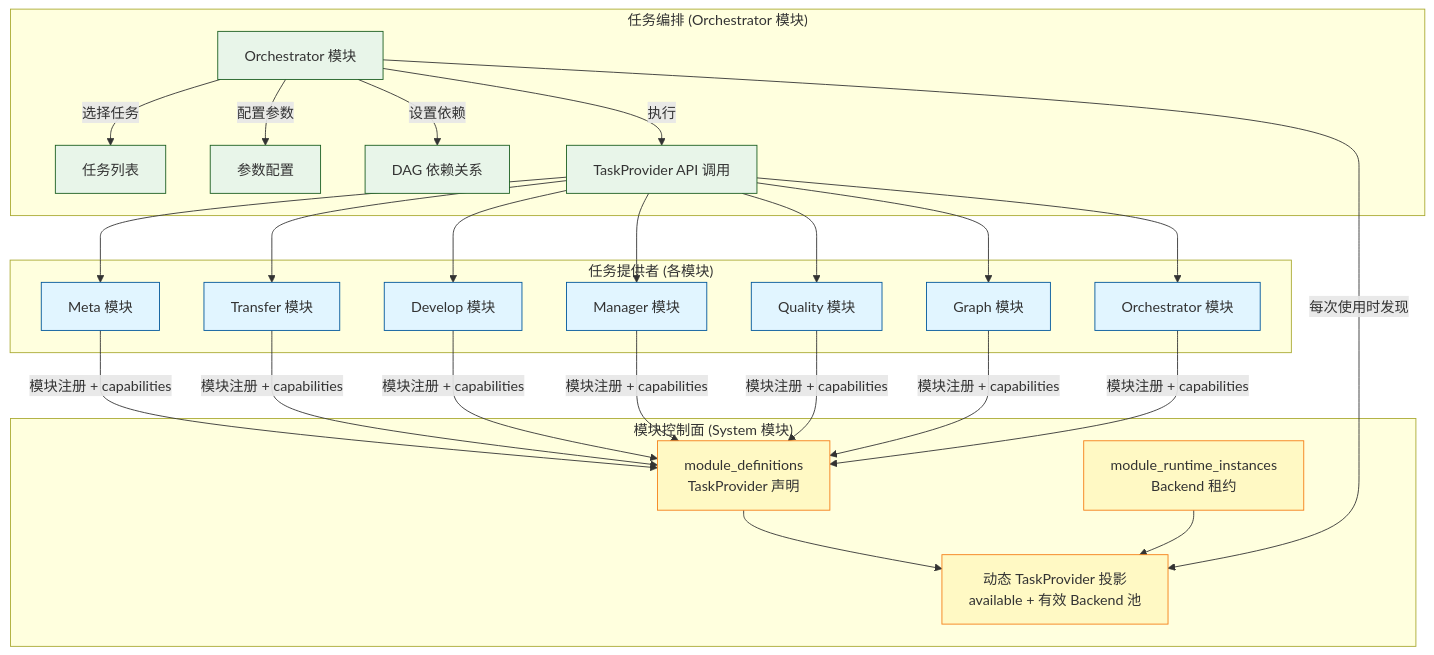
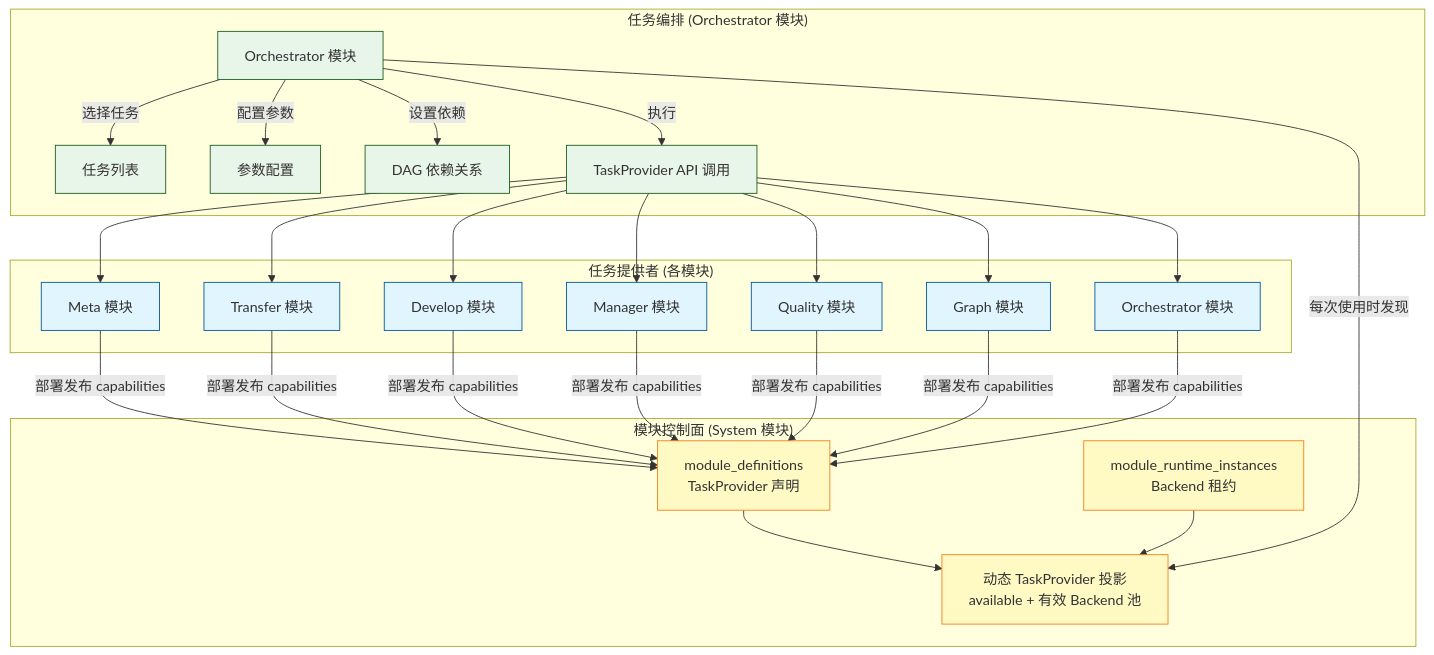
Before and after one commit to pampa0629/addp: the first of 6 diagrams in docs/concepts/addp任务编排体系图.md, drawn with Mermaid. The commit also changed other lines of this file and 161 other files, not shown here.

````diff
--- a/docs/concepts/addp任务编排体系图.md
+++ b/docs/concepts/addp任务编排体系图.md
@@ -37,55 +37,55 @@
 ```mermaid
 graph TB
     subgraph "任务提供者 (各模块)"
         Meta[Meta 模块]
         Transfer[Transfer 模块]
         Develop[Develop 模块]
         Manager[Manager 模块]
         Quality[Quality 模块]
         Graph[Graph 模块]
         OrchestratorProvider[Orchestrator 模块]
     end
 
     subgraph "模块控制面 (System 模块)"
         Definitions[module_definitions<br/>TaskProvider 声明]
         Instances[module_runtime_instances<br/>Backend 租约]
         Projection[动态 TaskProvider 投影<br/>available + 有效 Backend 池]
 
         Definitions --> Projection
         Instances --> Projection
     end
 
-    Meta --> |模块注册 + capabilities| Definitions
-    Transfer --> |模块注册 + capabilities| Definitions
-    Develop --> |模块注册 + capabilities| Definitions
-    Manager --> |模块注册 + capabilities| Definitions
-    Quality --> |模块注册 + capabilities| Definitions
-    Graph --> |模块注册 + capabilities| Definitions
-    OrchestratorProvider --> |模块注册 + capabilities| Definitions
+    Meta --> |部署发布 capabilities| Definitions
+    Transfer --> |部署发布 capabilities| Definitions
+    Develop --> |部署发布 capabilities| Definitions
+    Manager --> |部署发布 capabilities| Definitions
+    Quality --> |部署发布 capabilities| Definitions
+    Graph --> |部署发布 capabilities| Definitions
+    OrchestratorProvider --> |部署发布 capabilities| Definitions
 
     subgraph "任务编排 (Orchestrator 模块)"
         Orchestrator[Orchestrator 模块]
 
         Orchestrator --> |每次使用时发现| Projection
         Orchestrator --> |选择任务| Tasks[任务列表]
         Orchestrator --> |配置参数| Params[参数配置]
         Orchestrator --> |设置依赖| DAG[DAG 依赖关系]
         Orchestrator --> |执行| Call[TaskProvider API 调用]
     end
 
     Call --> Meta
     Call --> Transfer
     Call --> Develop
     Call --> Manager
     Call --> Quality
     Call --> Graph
     Call --> OrchestratorProvider
 
     classDef provider fill:#e1f5ff,stroke:#01579b
     classDef registry fill:#fff9c4,stroke:#f57f17
     classDef orchestrator fill:#e8f5e9,stroke:#1b5e20
 
     class Meta,Transfer,Develop,Manager,Quality,Graph,OrchestratorProvider provider
     class Definitions,Instances,Projection registry
     class Orchestrator,Tasks,Params,DAG,Call orchestrator
 ```
````
